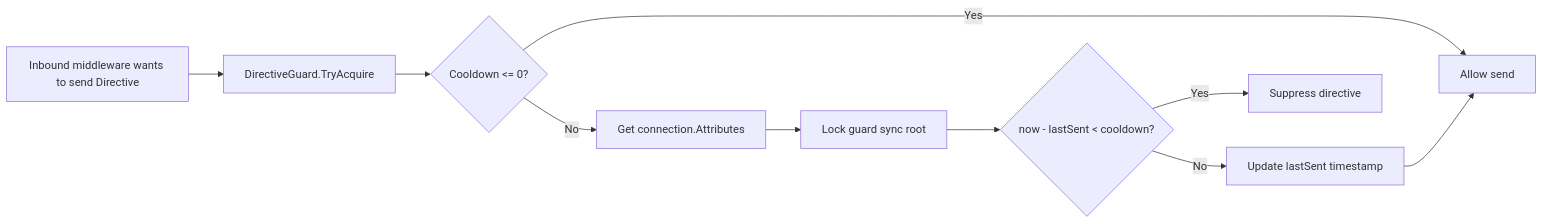
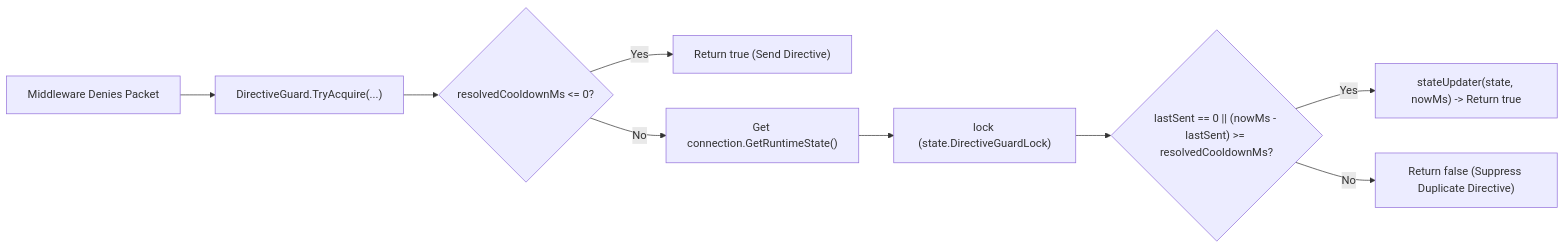
Before and after one commit to ppn-systems/nalix-docs: the diagram in src/content/docs/en-us/api/options/network/directive-guard-options.md, drawn with Mermaid. The commit also changed other lines of this file and 180 other files, not shown here.

````diff
--- a/src/content/docs/en-us/api/options/network/directive-guard-options.md
+++ b/src/content/docs/en-us/api/options/network/directive-guard-options.md
@@ -49,12 +43,11 @@
 ```mermaid
 flowchart LR
-    A["Inbound middleware wants to send Directive"] --> B["DirectiveGuard.TryAcquire"]
-    B --> C{"Cooldown <= 0?"}
-    C -->|Yes| D["Allow send"]
-    C -->|No| E["Get connection.Attributes"]
-    E --> F["Lock guard sync root"]
-    F --> G{"now - lastSent < cooldown?"}
-    G -->|Yes| H["Suppress directive"]
-    G -->|No| I["Update lastSent timestamp"]
-    I --> D
+    A["Middleware Denies Packet"] --> B["DirectiveGuard.TryAcquire(...)"]
+    B --> C{"resolvedCooldownMs <= 0?"}
+    C -->|Yes| Allow["Return true (Send Directive)"]
+    C -->|No| D["Get connection.GetRuntimeState()"]
+    D --> E["lock (state.DirectiveGuardLock)"]
+    E --> F{"lastSent == 0 || (nowMs - lastSent) >= resolvedCooldownMs?"}
+    F -->|Yes| G["stateUpdater(state, nowMs) -> Return true"]
+    F -->|No| H["Return false (Suppress Duplicate Directive)"]
 ```
````
